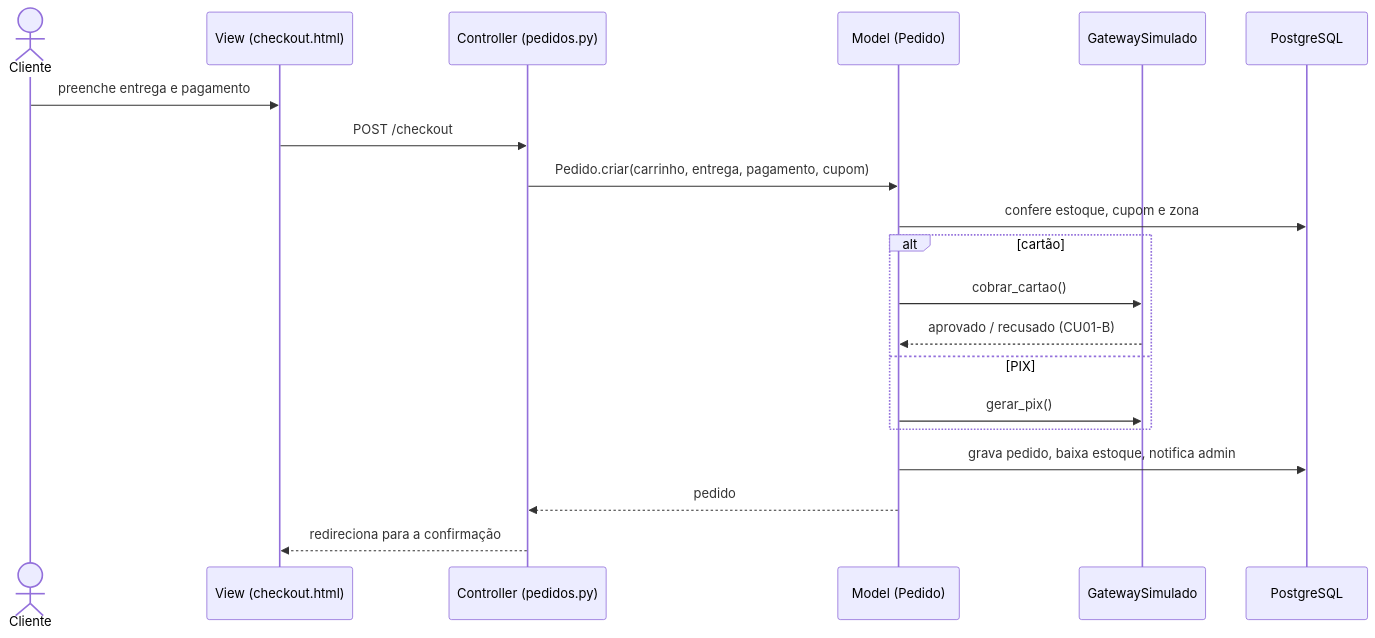
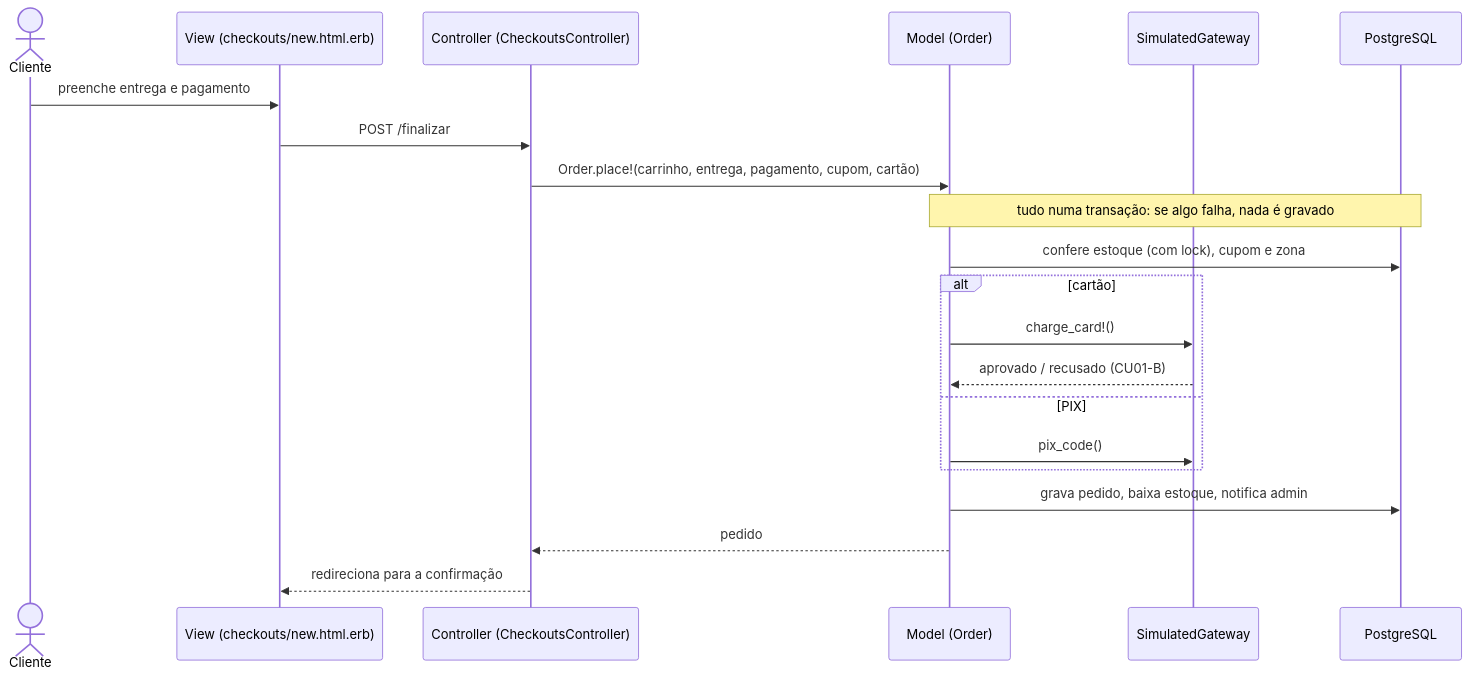
One commit to manoeltech/sweet-indulgence-cupcakes changed the third of 5 diagrams in docs/situacao-1-planejamento/README.md. Above: the diagram before and after it, drawn with Mermaid. The commit also changed other lines of this file and 2 other files, not shown here.

````diff
--- a/docs/situacao-1-planejamento/README.md
+++ b/docs/situacao-1-planejamento/README.md
@@ -95,22 +117,23 @@
 ```mermaid
 sequenceDiagram
   actor Cliente
-  participant V as View (checkout.html)
-  participant C as Controller (pedidos.py)
-  participant M as Model (Pedido)
-  participant G as GatewaySimulado
+  participant V as View (checkouts/new.html.erb)
+  participant C as Controller (CheckoutsController)
+  participant M as Model (Order)
+  participant G as SimulatedGateway
   participant DB as PostgreSQL
   Cliente->>V: preenche entrega e pagamento
-  V->>C: POST /checkout
-  C->>M: Pedido.criar(carrinho, entrega, pagamento, cupom)
-  M->>DB: confere estoque, cupom e zona
+  V->>C: POST /finalizar
+  C->>M: Order.place!(carrinho, entrega, pagamento, cupom, cartão)
+  Note over M,DB: tudo numa transação: se algo falha, nada é gravado
+  M->>DB: confere estoque (com lock), cupom e zona
   alt cartão
-    M->>G: cobrar_cartao()
+    M->>G: charge_card!()
     G-->>M: aprovado / recusado (CU01-B)
   else PIX
-    M->>G: gerar_pix()
+    M->>G: pix_code()
   end
   M->>DB: grava pedido, baixa estoque, notifica admin
   M-->>C: pedido
   C-->>V: redireciona para a confirmação
 ```
````
